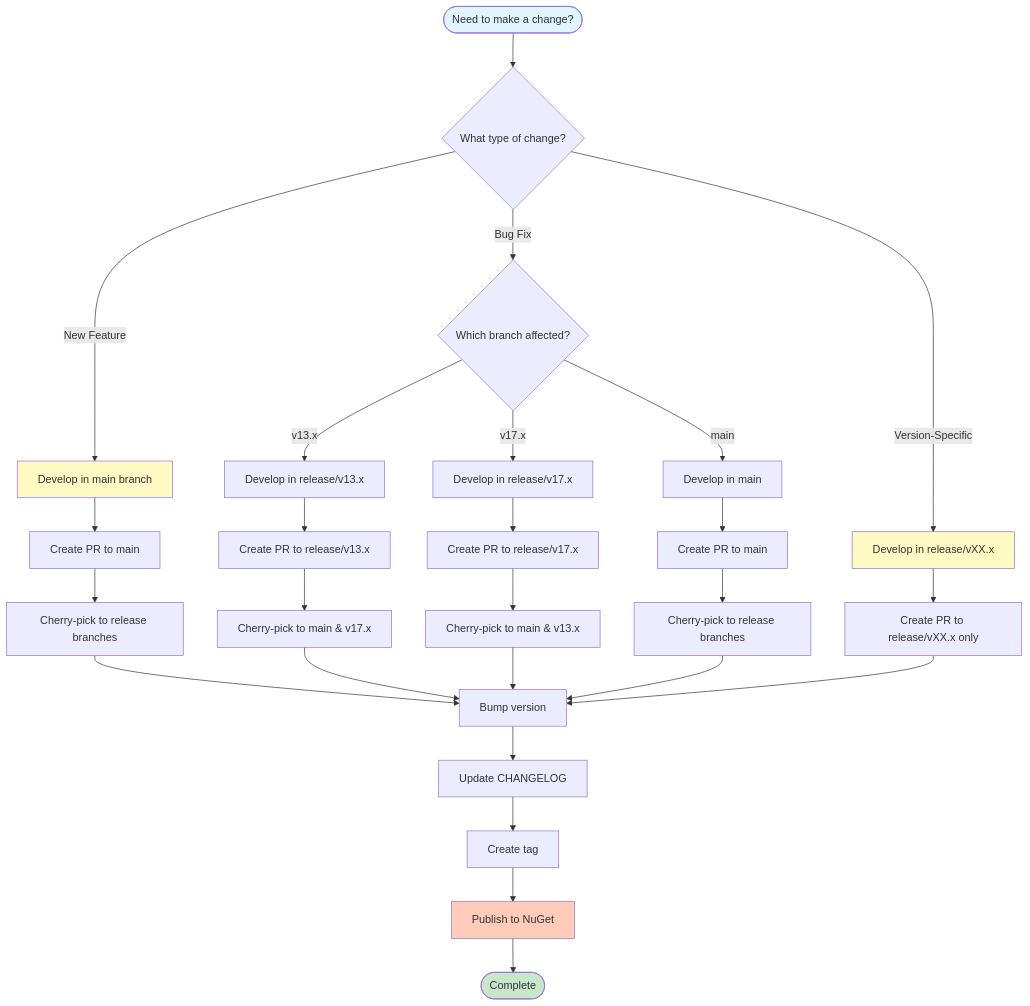
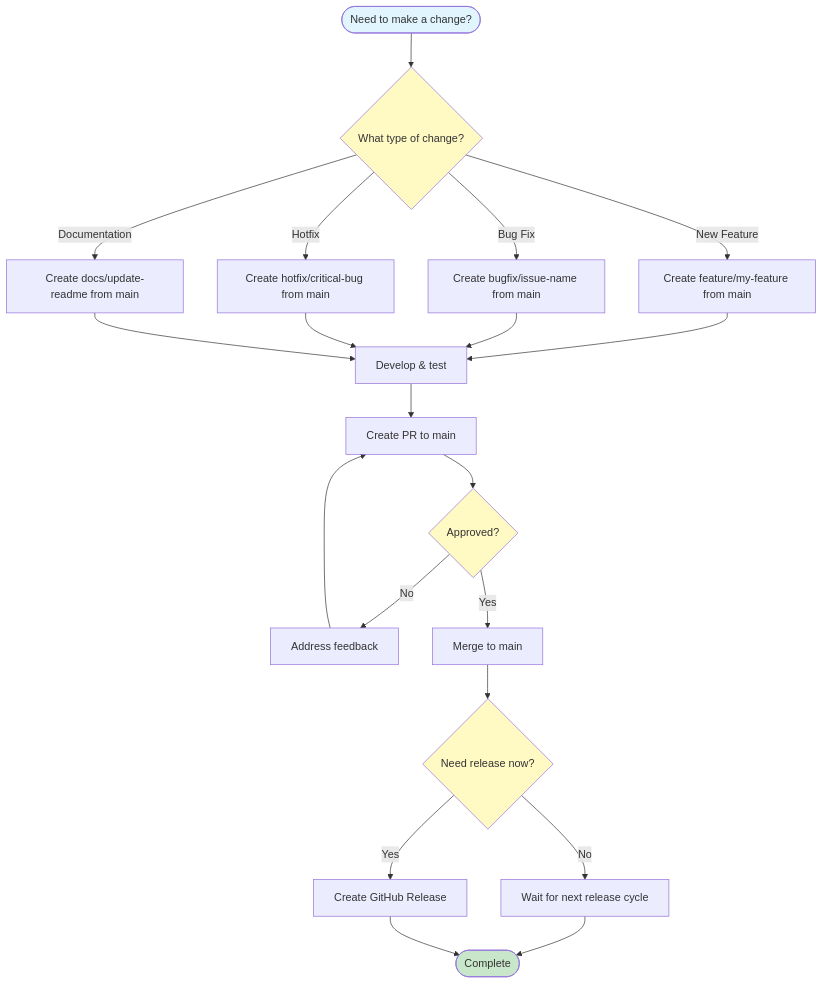
One commit to ClerksWell-Ltd/BulkUpload changed the seventh of 9 diagrams in .github/docs/developer-guides/WORKFLOW_DIAGRAM.md. Above: the diagram before and after it, drawn with Mermaid. The commit also changed other lines of this file and 36 other files, not shown here.

````diff
--- a/.github/docs/developer-guides/WORKFLOW_DIAGRAM.md
+++ b/.github/docs/developer-guides/WORKFLOW_DIAGRAM.md
@@ -201,42 +193,35 @@
 ```mermaid
 flowchart TD
     Start([Need to make a change?]) --> ChangeType{What type of change?}
 
-    ChangeType -->|New Feature| DevMain[Develop in main branch]
-    ChangeType -->|Bug Fix| WhichBranch{Which branch affected?}
-    ChangeType -->|Version-Specific| DevRelease[Develop in release/vXX.x]
+    ChangeType -->|New Feature| CreateFeature[Create feature/my-feature from main]
+    ChangeType -->|Bug Fix| CreateBugfix[Create bugfix/issue-name from main]
+    ChangeType -->|Hotfix| CreateHotfix[Create hotfix/critical-bug from main]
+    ChangeType -->|Documentation| CreateDocs[Create docs/update-readme from main]
 
-    DevMain --> MergeMain[Create PR to main]
-    MergeMain --> Cherry1[Cherry-pick to release branches]
+    CreateFeature --> Develop[Develop & test]
+    CreateBugfix --> Develop
+    CreateHotfix --> Develop
+    CreateDocs --> Develop
 
-    WhichBranch -->|v13.x| DevV13[Develop in release/v13.x]
-    WhichBranch -->|v17.x| DevV17[Develop in release/v17.x]
-    WhichBranch -->|main| DevMainBug[Develop in main]
+    Develop --> CreatePR[Create PR to main]
+    CreatePR --> Review{Approved?}
 
-    DevV13 --> MergeV13[Create PR to release/v13.x]
-    DevV17 --> MergeV17[Create PR to release/v17.x]
-    DevMainBug --> MergeMainBug[Create PR to main]
+    Review -->|No| FixReview[Address feedback]
+    FixReview --> CreatePR
 
-    MergeV13 --> ForwardPort1[Cherry-pick to main & v17.x]
-    MergeV17 --> ForwardPort2[Cherry-pick to main & v13.x]
-    MergeMainBug --> Cherry2[Cherry-pick to release branches]
+    Review -->|Yes| Merge[Merge to main]
 
-    DevRelease --> MergeRelease[Create PR to release/vXX.x only]
+    Merge --> NeedRelease{Need release now?}
+    NeedRelease -->|No| WaitRelease[Wait for next release cycle]
+    NeedRelease -->|Yes| Release[Create GitHub Release]
 
-    Cherry1 --> Version[Bump version]
-    ForwardPort1 --> Version
-    ForwardPort2 --> Version
-    Cherry2 --> Version
-    MergeRelease --> Version
-
-    Version --> Changelog[Update CHANGELOG]
-    Changelog --> Tag[Create tag]
-    Tag --> Publish[Publish to NuGet]
-    Publish --> Done([Complete])
+    WaitRelease --> Done([Complete])
+    Release --> Done
 
     style Start fill:#e1f5ff
     style Done fill:#c8e6c9
-    style DevMain fill:#fff9c4
-    style DevRelease fill:#fff9c4
-    style Publish fill:#ffccbc
+    style ChangeType fill:#fff9c4
+    style Review fill:#fff9c4
+    style NeedRelease fill:#fff9c4
 ```
````
